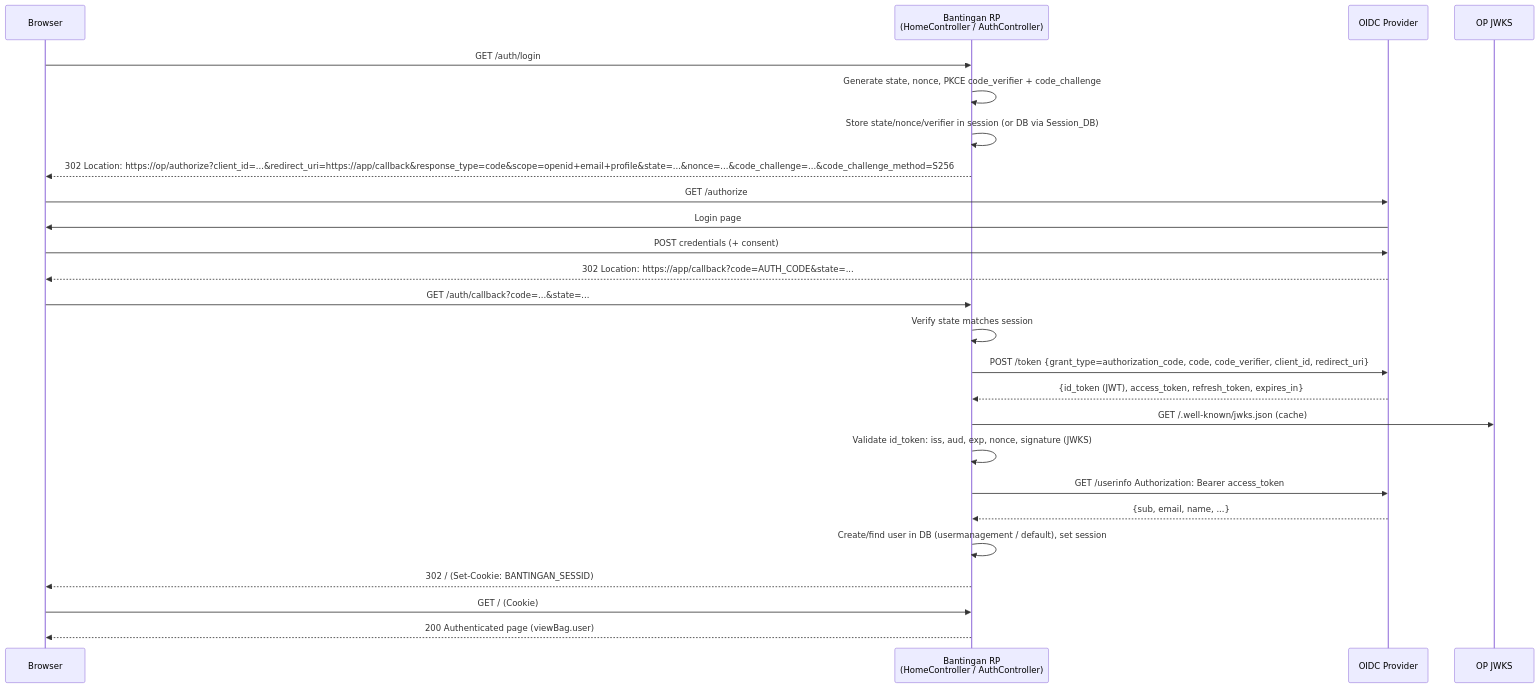
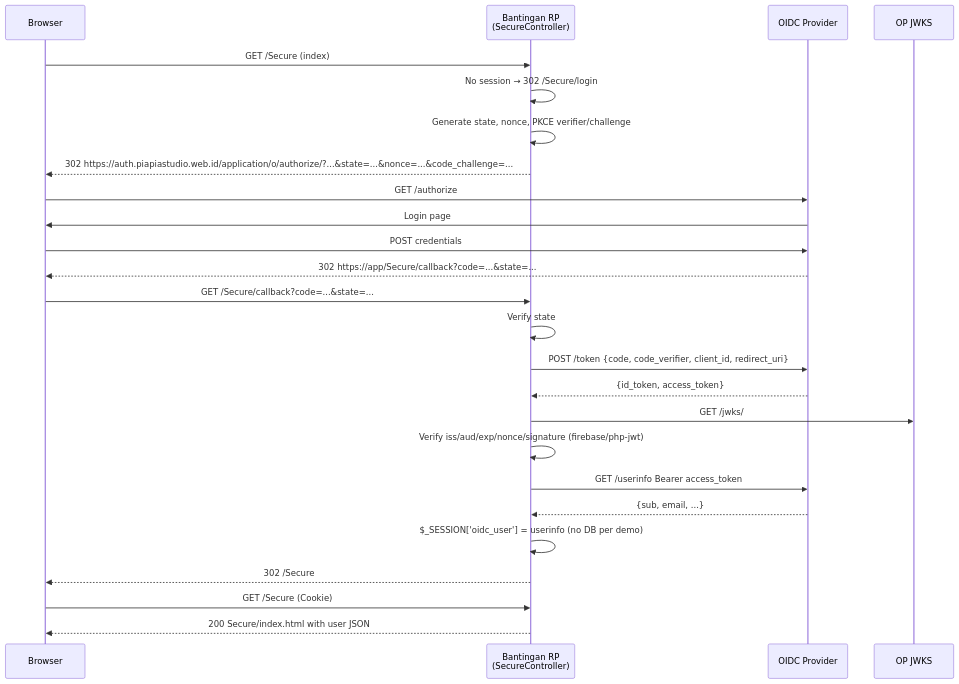
The second of 3 diagrams in README.md (susilon/bantingan-oidc), drawn with Mermaid before and after one commit. The commit also changed other lines of this file, not shown here.

Commit message:
docs: update README with SecureController, Authentik OIDC config, modern layout, and latest fixes

````diff
--- a/README.md
+++ b/README.md
@@ -74,28 +77,28 @@
 ```mermaid
 sequenceDiagram
     participant B as Browser
-    participant R as Bantingan RP<br/>(HomeController / AuthController)
+    participant R as Bantingan RP<br/>(SecureController)
     participant OP as OIDC Provider
     participant J as OP JWKS
 
-    B->>R: GET /auth/login
-    R->>R: Generate state, nonce, PKCE code_verifier + code_challenge
-    R->>R: Store state/nonce/verifier in session (or DB via Session_DB)
-    R-->>B: 302 Location: https://op/authorize?client_id=...&redirect_uri=https://app/callback&response_type=code&scope=openid+email+profile&state=...&nonce=...&code_challenge=...&code_challenge_method=S256
+    B->>R: GET /Secure (index)
+    R->>R: No session → 302 /Secure/login
+    R->>R: Generate state, nonce, PKCE verifier/challenge
+    R-->>B: 302 https://auth.piapiastudio.web.id/application/o/authorize/?...&state=...&nonce=...&code_challenge=...
     B->>OP: GET /authorize
     OP->>B: Login page
-    B->>OP: POST credentials (+ consent)
-    OP-->>B: 302 Location: https://app/callback?code=AUTH_CODE&state=...
-    B->>R: GET /auth/callback?code=...&state=...
-    R->>R: Verify state matches session
-    R->>OP: POST /token {grant_type=authorization_code, code, code_verifier, client_id, redirect_uri}
-    OP-->>R: {id_token (JWT), access_token, refresh_token, expires_in}
-    R->>J: GET /.well-known/jwks.json (cache)
-    R->>R: Validate id_token: iss, aud, exp, nonce, signature (JWKS)
-    R->>OP: GET /userinfo Authorization: Bearer access_token
-    OP-->>R: {sub, email, name, ...}
-    R->>R: Create/find user in DB (usermanagement / default), set session
-    R-->>B: 302 / (Set-Cookie: BANTINGAN_SESSID)
-    B->>R: GET / (Cookie)
-    R-->>B: 200 Authenticated page (viewBag.user)
+    B->>OP: POST credentials
+    OP-->>B: 302 https://app/Secure/callback?code=...&state=...
+    B->>R: GET /Secure/callback?code=...&state=...
+    R->>R: Verify state
+    R->>OP: POST /token {code, code_verifier, client_id, redirect_uri}
+    OP-->>R: {id_token, access_token}
+    R->>J: GET /jwks/
+    R->>R: Verify iss/aud/exp/nonce/signature (firebase/php-jwt)
+    R->>OP: GET /userinfo Bearer access_token
+    OP-->>R: {sub, email, ...}
+    R->>R: $_SESSION['oidc_user'] = userinfo (no DB per demo)
+    R-->>B: 302 /Secure
+    B->>R: GET /Secure (Cookie)
+    R-->>B: 200 Secure/index.html with user JSON
 ```
````
